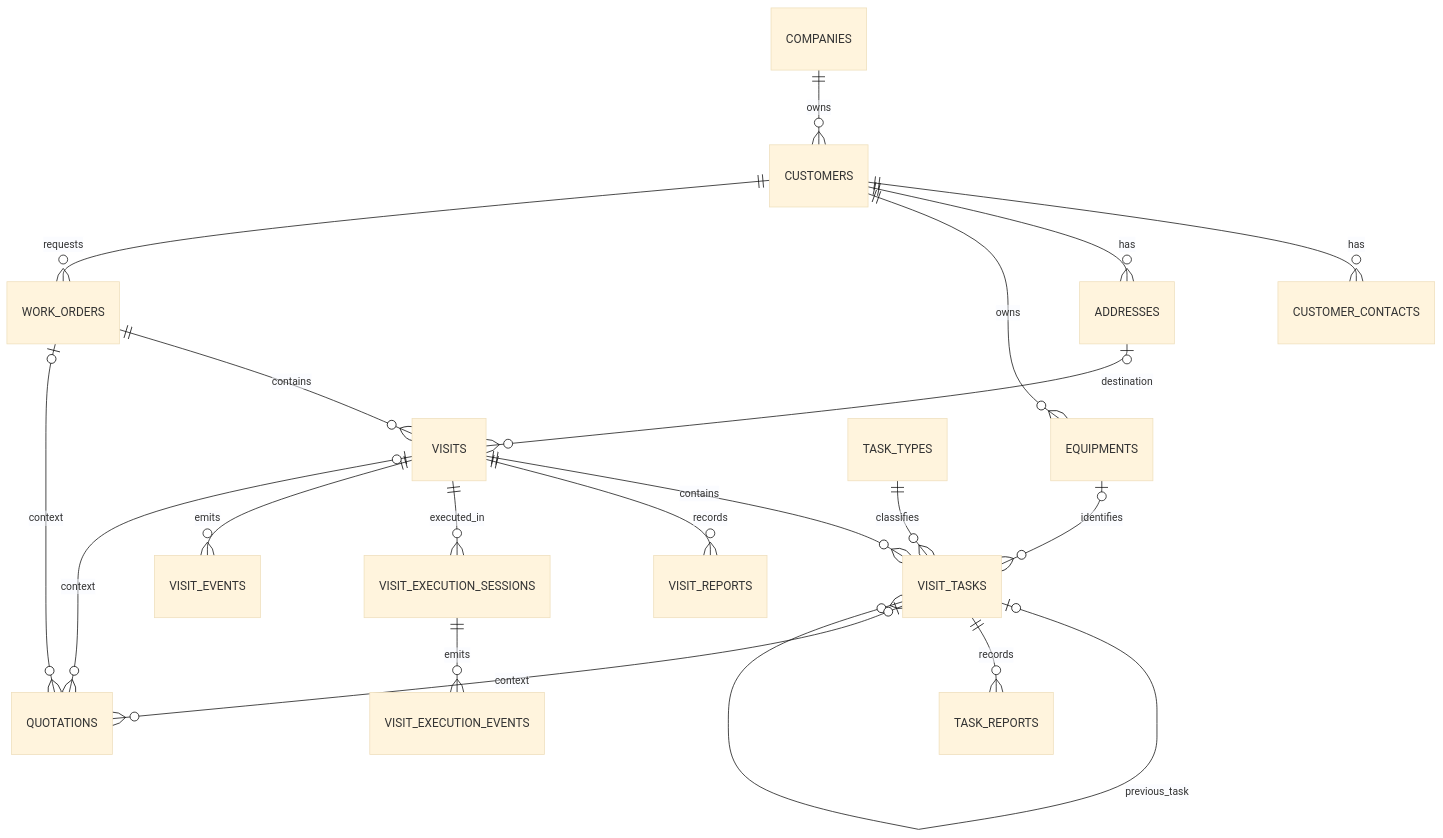
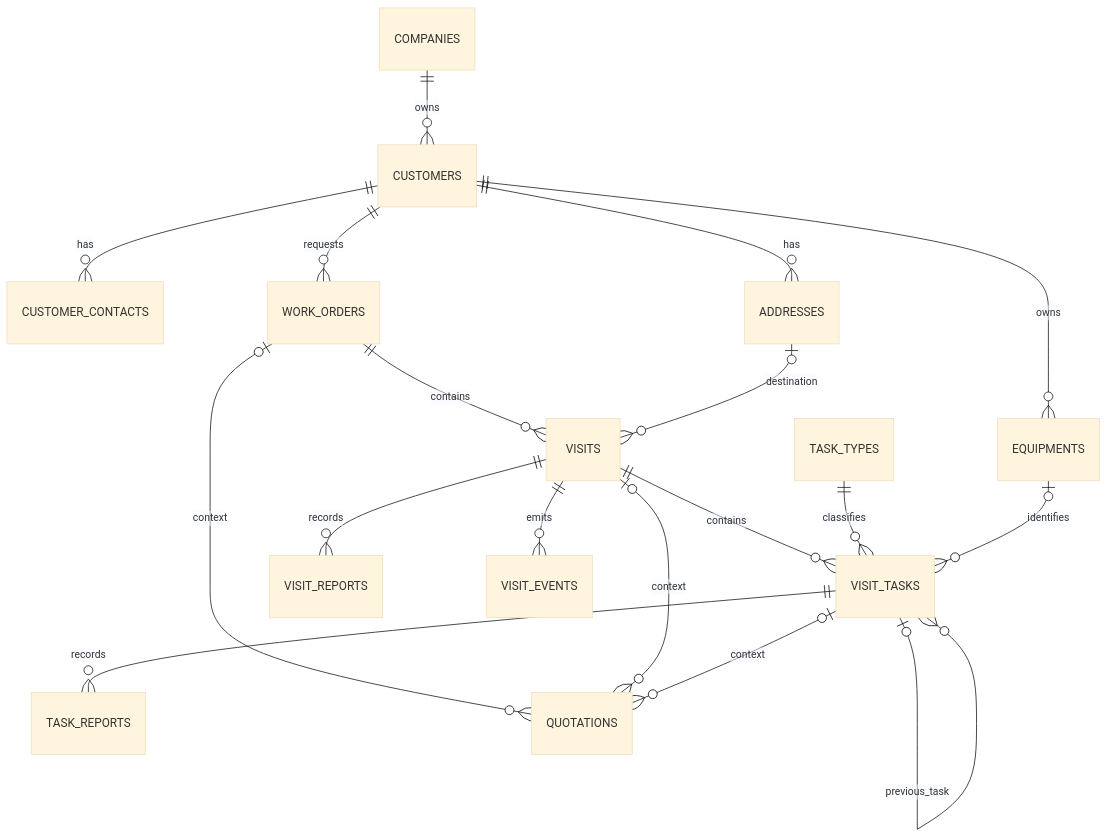
The first of 3 diagrams in documentacao/MODELO_LOGICO_DADOS_OPERACAO.md (lucasfaborges94/erp-winservice-dev-docs), drawn with Mermaid (base theme) before and after one commit. The commit also changed other lines of this file, not shown here.

````diff
--- a/documentacao/MODELO_LOGICO_DADOS_OPERACAO.md
+++ b/documentacao/MODELO_LOGICO_DADOS_OPERACAO.md
@@ -53,22 +53,20 @@
 ```mermaid
 erDiagram
     COMPANIES ||--o{ CUSTOMERS : owns
     CUSTOMERS ||--o{ CUSTOMER_CONTACTS : has
     CUSTOMERS ||--o{ ADDRESSES : has
     CUSTOMERS ||--o{ EQUIPMENTS : owns
     CUSTOMERS ||--o{ WORK_ORDERS : requests
     WORK_ORDERS ||--o{ VISITS : contains
     ADDRESSES o|--o{ VISITS : destination
     VISITS ||--o{ VISIT_TASKS : contains
     TASK_TYPES ||--o{ VISIT_TASKS : classifies
     EQUIPMENTS o|--o{ VISIT_TASKS : identifies
     VISIT_TASKS o|--o{ VISIT_TASKS : previous_task
     VISITS ||--o{ VISIT_REPORTS : records
     VISIT_TASKS ||--o{ TASK_REPORTS : records
-    VISITS ||--o{ VISIT_EXECUTION_SESSIONS : executed_in
-    VISIT_EXECUTION_SESSIONS ||--o{ VISIT_EXECUTION_EVENTS : emits
     VISITS ||--o{ VISIT_EVENTS : emits
     WORK_ORDERS o|--o{ QUOTATIONS : context
     VISITS o|--o{ QUOTATIONS : context
     VISIT_TASKS o|--o{ QUOTATIONS : context
 ```
````
